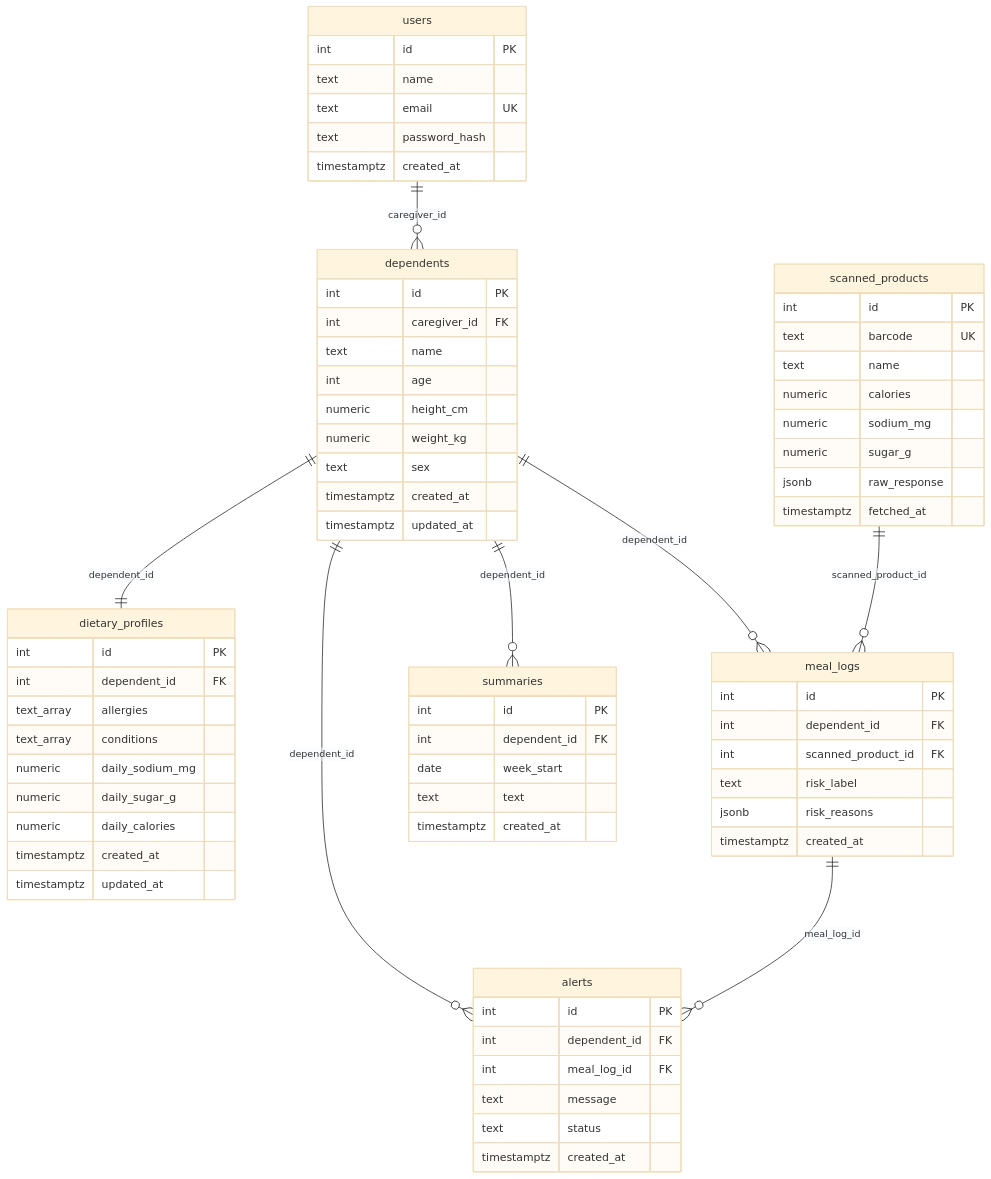
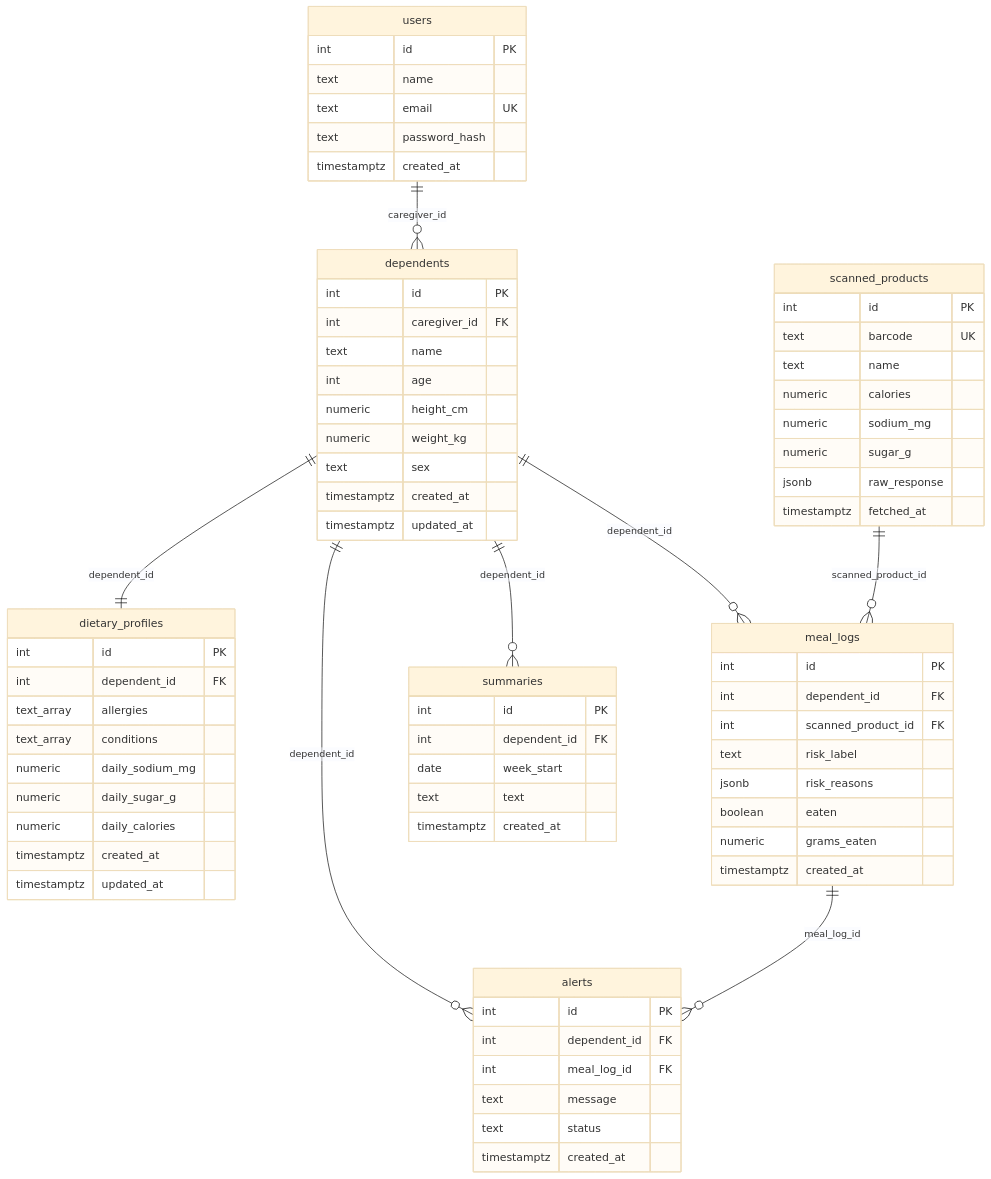
The fourth of 5 diagrams in docs/diagrams.md (punypeony/HEALTHWATCH), drawn with Mermaid (base theme) before and after one commit. The commit also changed other lines of this file and 38 other files, not shown here.

````diff
--- a/docs/diagrams.md
+++ b/docs/diagrams.md
@@ -88,73 +95,75 @@
 ```mermaid
 erDiagram
   users ||--o{ dependents : caregiver_id
   dependents ||--|| dietary_profiles : dependent_id
   dependents ||--o{ meal_logs : dependent_id
   dependents ||--o{ alerts : dependent_id
   dependents ||--o{ summaries : dependent_id
   scanned_products ||--o{ meal_logs : scanned_product_id
   meal_logs ||--o{ alerts : meal_log_id
 
   users {
     int id PK
     text name
     text email UK
     text password_hash
     timestamptz created_at
   }
   dependents {
     int id PK
     int caregiver_id FK
     text name
     int age
     numeric height_cm
     numeric weight_kg
     text sex
     timestamptz created_at
     timestamptz updated_at
   }
   dietary_profiles {
     int id PK
     int dependent_id FK
     text_array allergies
     text_array conditions
     numeric daily_sodium_mg
     numeric daily_sugar_g
     numeric daily_calories
     timestamptz created_at
     timestamptz updated_at
   }
   scanned_products {
     int id PK
     text barcode UK
     text name
     numeric calories
     numeric sodium_mg
     numeric sugar_g
     jsonb raw_response
     timestamptz fetched_at
   }
   meal_logs {
     int id PK
     int dependent_id FK
     int scanned_product_id FK
     text risk_label
     jsonb risk_reasons
+    boolean eaten
+    numeric grams_eaten
     timestamptz created_at
   }
   alerts {
     int id PK
     int dependent_id FK
     int meal_log_id FK
     text message
     text status
     timestamptz created_at
   }
   summaries {
     int id PK
     int dependent_id FK
     date week_start
     text text
     timestamptz created_at
   }
 ```
````
